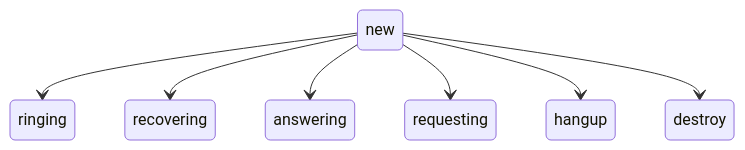
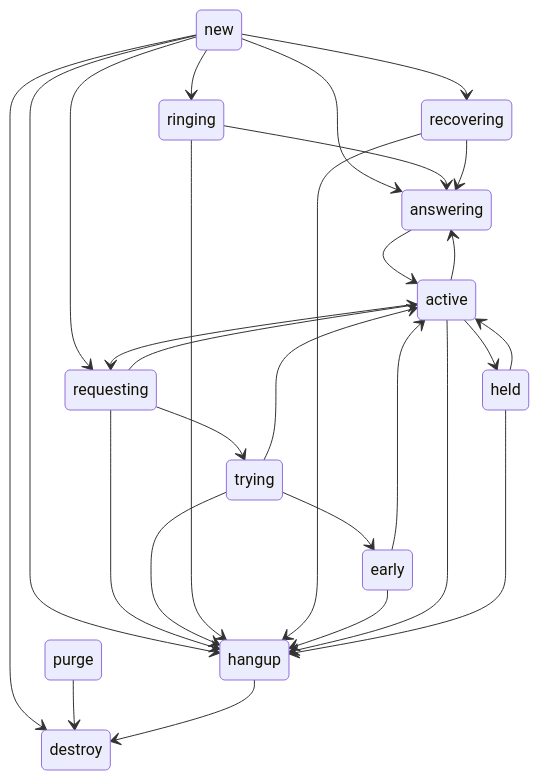
One commit to bjenning04/foam changed the fourth of 4 diagrams in verto-design.md. Above: the diagram before and after it, drawn with Mermaid.

Commit message:
May 4, 2026, 5:02 PM

````diff
--- a/verto-design.md
+++ b/verto-design.md
@@ -318,9 +318,40 @@
 ```mermaid
 stateDiagram
     new --> ringing
     new --> recovering
     new --> answering
     new --> requesting
     new --> hangup
     new --> destroy
+
+    purge --> destroy
+
+    requesting --> active
+    requesting --> trying
+    requesting --> hangup
+
+    trying --> active
+    trying --> early
+    trying --> hangup
+
+    ringing --> hangup
+    ringing --> answering
+
+    recovering --> hangup
+    recovering --> answering
+
+    early --> active
+    early --> hangup
+
+    active --> requesting
+    active --> answering
+    active --> hangup
+    active --> held
+
+    answering --> active
+
+    held --> active
+    held --> hangup
+
+    hangup --> destroy
 ```
````
